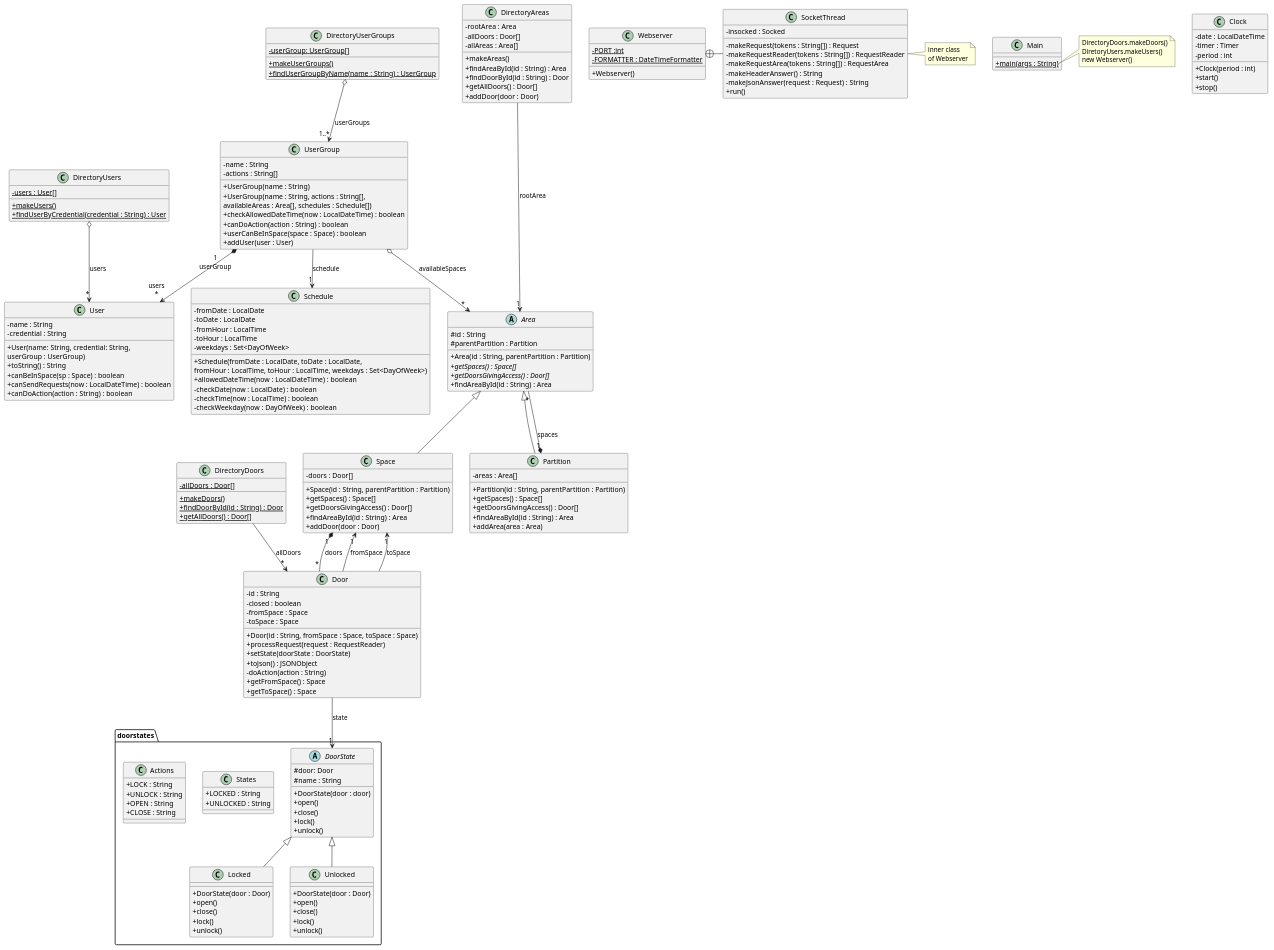
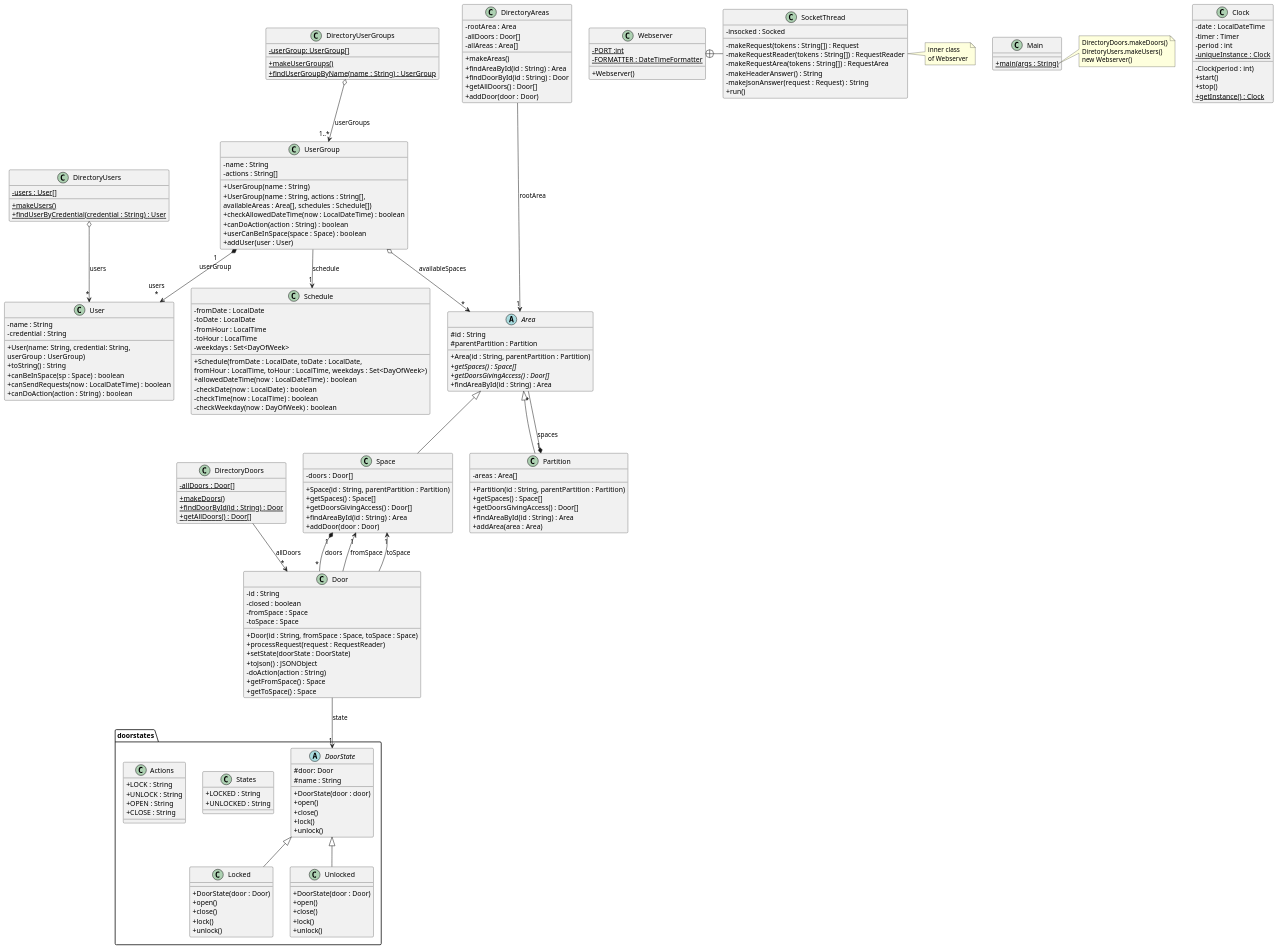
Before and after one commit to leonhrt/DSW-ACS: the diagram in src/baseNoStates/uml/base_no_states.puml, drawn with PlantUML. The commit also changed 1 other file, not shown here.

Commit message:
singleton pattern implemented for clock

```diff
--- a/src/baseNoStates/uml/base_no_states.puml
+++ b/src/baseNoStates/uml/base_no_states.puml
@@ -182,9 +182,11 @@
 - date : LocalDateTime
 - timer : Timer
 - period : int
-+ Clock(period : int)
+- {static} uniqueInstance : Clock
+- Clock(period : int)
 + start()
 + stop()
++ {static} getInstance() : Clock
 }
 
 class Main {
```
